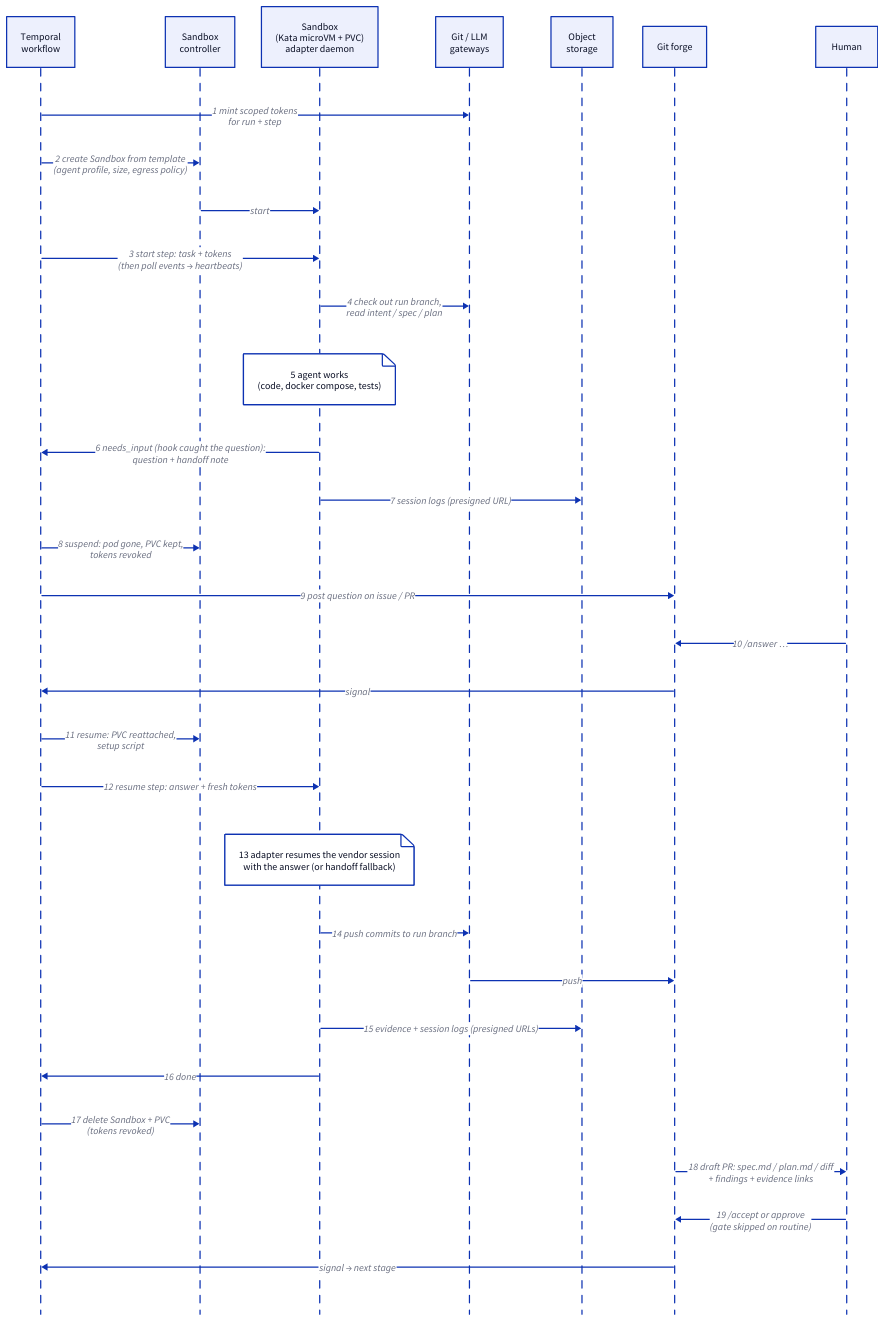
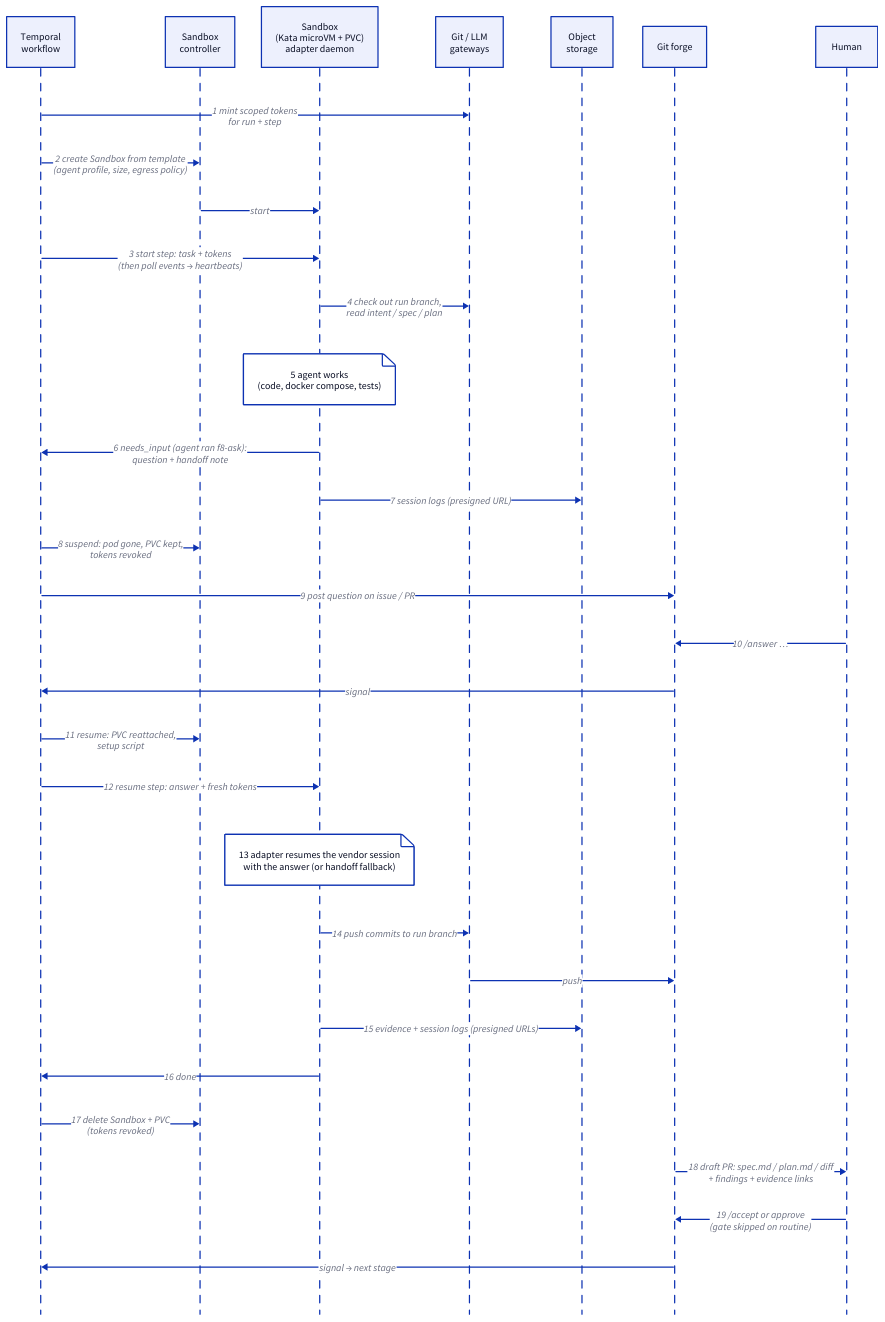
The diagram in docs/site/run.d2 (factory8/factory8), drawn with D2 before and after one commit. The commit also changed 8 other files, not shown here.

```diff
--- a/docs/site/run.d2
+++ b/docs/site/run.d2
@@ -1,32 +1,32 @@
 shape: sequence_diagram
 w: "Temporal\nworkflow"
 c: "Sandbox\ncontroller"
 s: "Sandbox\n(Kata microVM + PVC)\nadapter daemon"
 g: "Git / LLM\ngateways"
 o: "Object\nstorage"
 f: "Git forge"
 h: "Human"
 
 w -> g: "1 mint scoped tokens\nfor run + step"
 w -> c: "2 create Sandbox from template\n(agent profile, size, egress policy)"
 c -> s: start
 w -> s: "3 start step: task + tokens\n(then poll events → heartbeats)"
 s -> g: "4 check out run branch,\nread intent / spec / plan"
 s."5 agent works\n(code, docker compose, tests)"
-s -> w: "6 needs_input (hook caught the question):\nquestion + handoff note"
+s -> w: "6 needs_input (agent ran f8-ask):\nquestion + handoff note"
 s -> o: "7 session logs (presigned URL)"
 w -> c: "8 suspend: pod gone, PVC kept,\ntokens revoked"
 w -> f: "9 post question on issue / PR"
 h -> f: "10 /answer …"
 f -> w: signal
 w -> c: "11 resume: PVC reattached,\nsetup script"
 w -> s: "12 resume step: answer + fresh tokens"
 s."13 adapter resumes the vendor session\nwith the answer (or handoff fallback)"
 s -> g: "14 push commits to run branch"
 g -> f: push
 s -> o: "15 evidence + session logs (presigned URLs)"
 s -> w: "16 done"
 w -> c: "17 delete Sandbox + PVC\n(tokens revoked)"
 f -> h: "18 draft PR: spec.md / plan.md / diff\n+ findings + evidence links"
 h -> f: "19 /accept or approve\n(gate skipped on routine)"
 f -> w: "signal → next stage"
```
